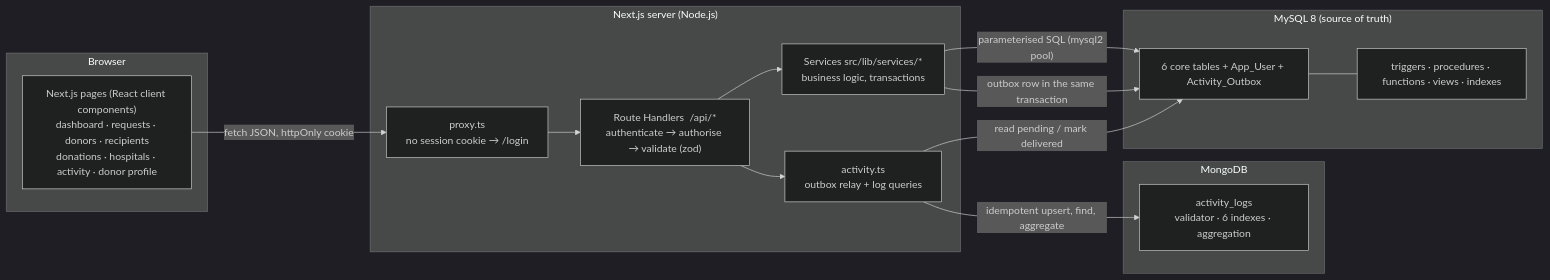
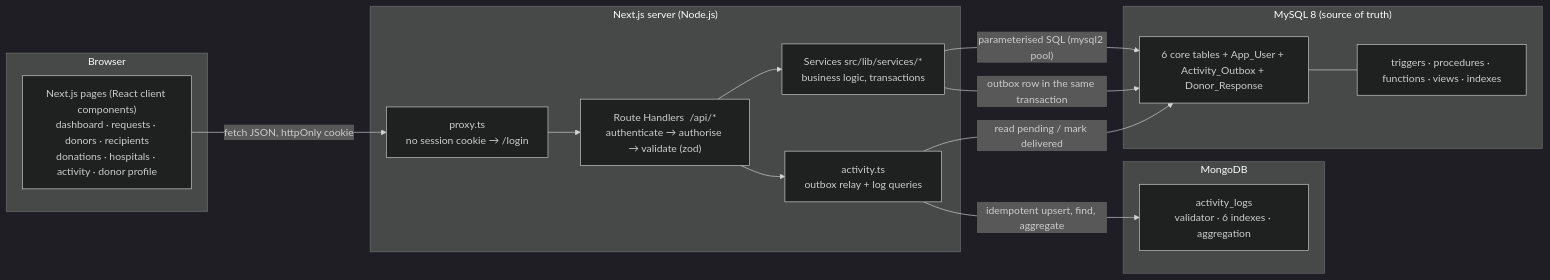
The diagram in docs/ARCHITECTURE.md (AdityaCSanikop/blood-donation-matcher), drawn with Mermaid (dark theme) before and after one commit. The commit also changed other lines of this file and 65 other files, not shown here.

````diff
--- a/docs/ARCHITECTURE.md
+++ b/docs/ARCHITECTURE.md
@@ -3,26 +3,26 @@
 ```mermaid
 flowchart LR
     subgraph Browser
         UI["Next.js pages (React client components)<br/>dashboard · requests · donors · recipients<br/>donations · hospitals · activity · donor profile"]
     end
     subgraph "Next.js server (Node.js)"
         PX["proxy.ts<br/>no session cookie → /login"]
         RH["Route Handlers  /api/*<br/>authenticate → authorise → validate (zod)"]
         SV["Services  src/lib/services/*<br/>business logic, transactions"]
         AC["activity.ts<br/>outbox relay + log queries"]
     end
     subgraph MySQL["MySQL 8  (source of truth)"]
-        T["6 core tables + App_User + Activity_Outbox"]
+        T["6 core tables + App_User + Activity_Outbox + Donor_Response"]
         R["triggers · procedures · functions · views · indexes"]
     end
     subgraph MongoDB
         L["activity_logs<br/>validator · 6 indexes · aggregation"]
     end
     UI -- "fetch JSON, httpOnly cookie" --> PX --> RH --> SV
     SV -- "parameterised SQL (mysql2 pool)" --> T
     T --- R
     SV -- "outbox row in the same transaction" --> T
     AC -- "read pending / mark delivered" --> T
     AC -- "idempotent upsert, find, aggregate" --> L
     RH --> AC
 ```
````
